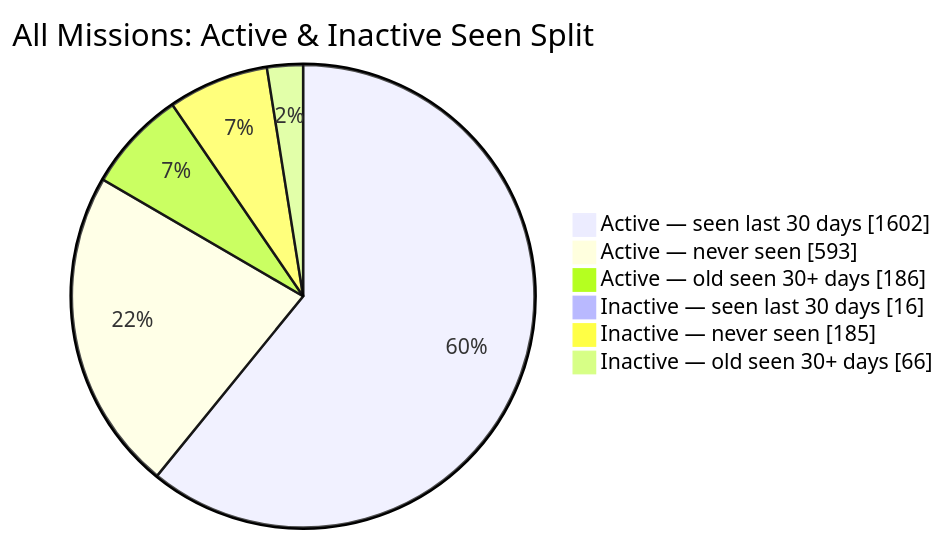
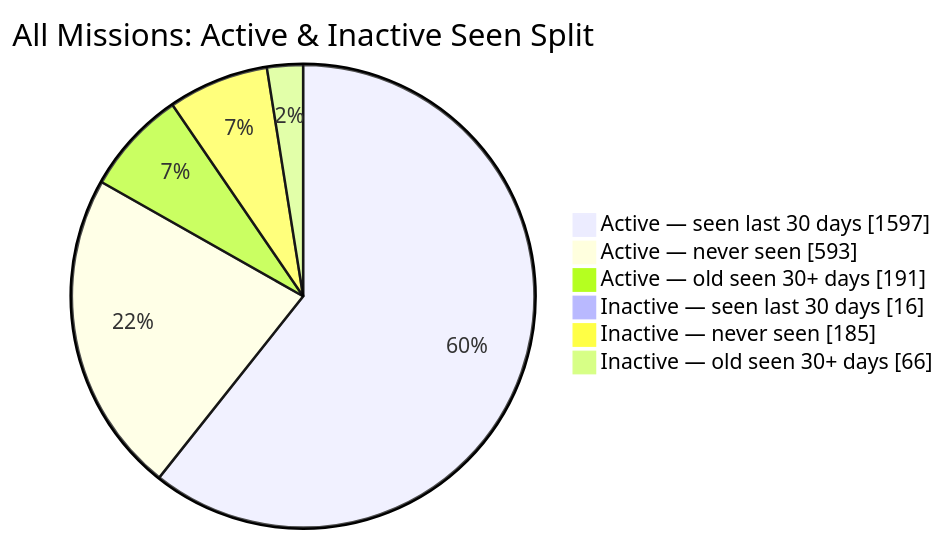
One commit to MeldkamerspelGameTeam/active-missions changed the second of 2 diagrams in README.md. Above: the diagram before and after it, drawn with Mermaid. The commit also changed other lines of this file and 3 other files, not shown here.

````diff
--- a/README.md
+++ b/README.md
@@ -44,10 +44,10 @@
 ```mermaid
 pie showData
     title All Missions: Active & Inactive Seen Split
-    "Active — seen last 30 days" : 1602
+    "Active — seen last 30 days" : 1597
     "Active — never seen" : 593
-    "Active — old seen 30+ days" : 186
+    "Active — old seen 30+ days" : 191
     "Inactive — seen last 30 days" : 16
     "Inactive — never seen" : 185
     "Inactive — old seen 30+ days" : 66
 ```
````
